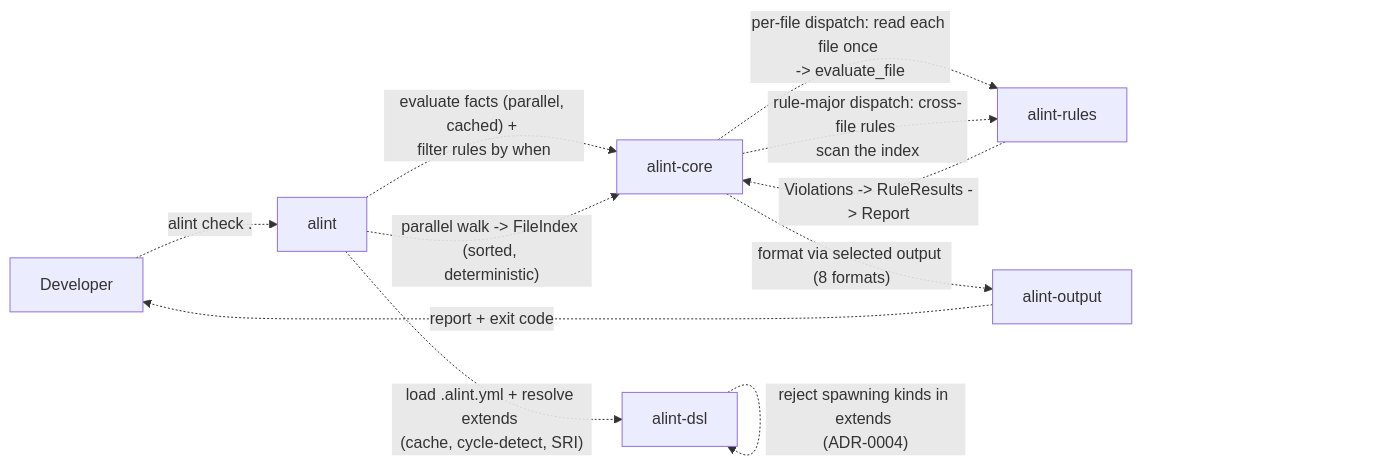
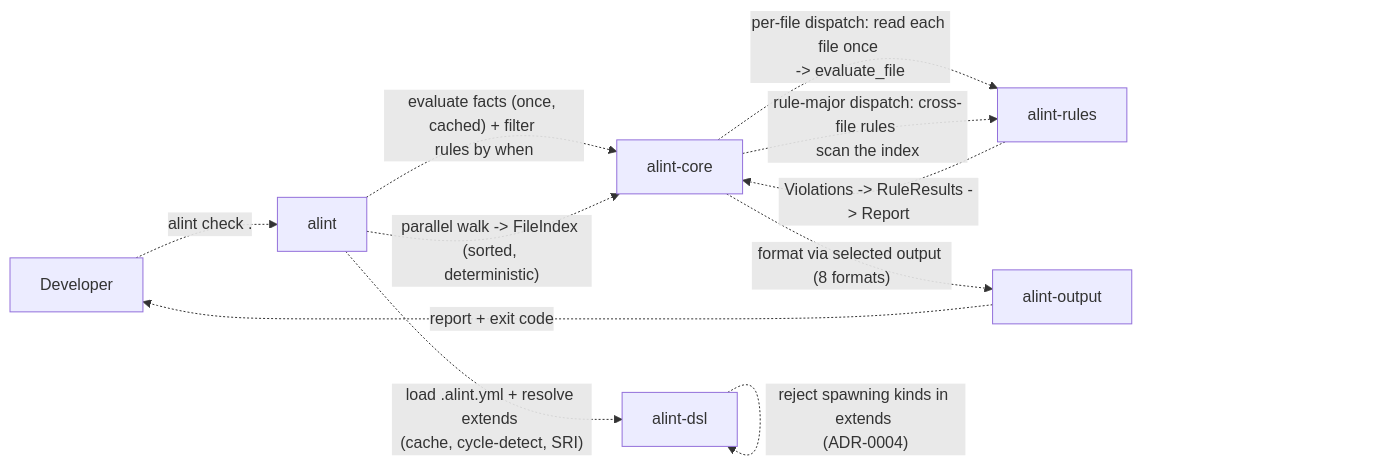
The fifth of 27 diagrams in docs/design/architecture/DIAGRAMS.md (asamarts/alint), drawn with Mermaid before and after one commit. The commit also changed other lines of this file and 8 other files, not shown here.

````diff
--- a/docs/design/architecture/DIAGRAMS.md
+++ b/docs/design/architecture/DIAGRAMS.md
@@ -159,25 +159,25 @@
 ```mermaid
 graph LR
   Dev["Developer"]
   AlintCliAlintBin["alint"]
   AlintCliDsl["alint-dsl"]
   AlintCliCore["alint-core"]
   AlintCliRules["alint-rules"]
   AlintCliOutput["alint-output"]
   Dev -. "`alint check .`" .-> AlintCliAlintBin
   AlintCliAlintBin -. "`load .alint.yml + resolve extends 
 (cache, cycle-detect, SRI)`" .-> AlintCliDsl
   AlintCliDsl -. "`reject spawning kinds in extends 
 (ADR-0004)`" .-> AlintCliDsl
-  AlintCliAlintBin -. "`evaluate facts (parallel, cached) + 
-filter rules by when`" .-> AlintCliCore
+  AlintCliAlintBin -. "`evaluate facts (once, cached) + filter 
+rules by when`" .-> AlintCliCore
   AlintCliAlintBin -. "`parallel walk -> FileIndex (sorted, 
 deterministic)`" .-> AlintCliCore
   AlintCliCore -. "`per-file dispatch: read each file once 
 -> evaluate_file`" .-> AlintCliRules
   AlintCliCore -. "`rule-major dispatch: cross-file rules 
 scan the index`" .-> AlintCliRules
   AlintCliRules -. "`Violations -> RuleResults -> Report`" .-> AlintCliCore
   AlintCliCore -. "`format via selected output (8 formats)`" .-> AlintCliOutput
   AlintCliOutput -. "`report + exit code`" .-> Dev
 ```
````
